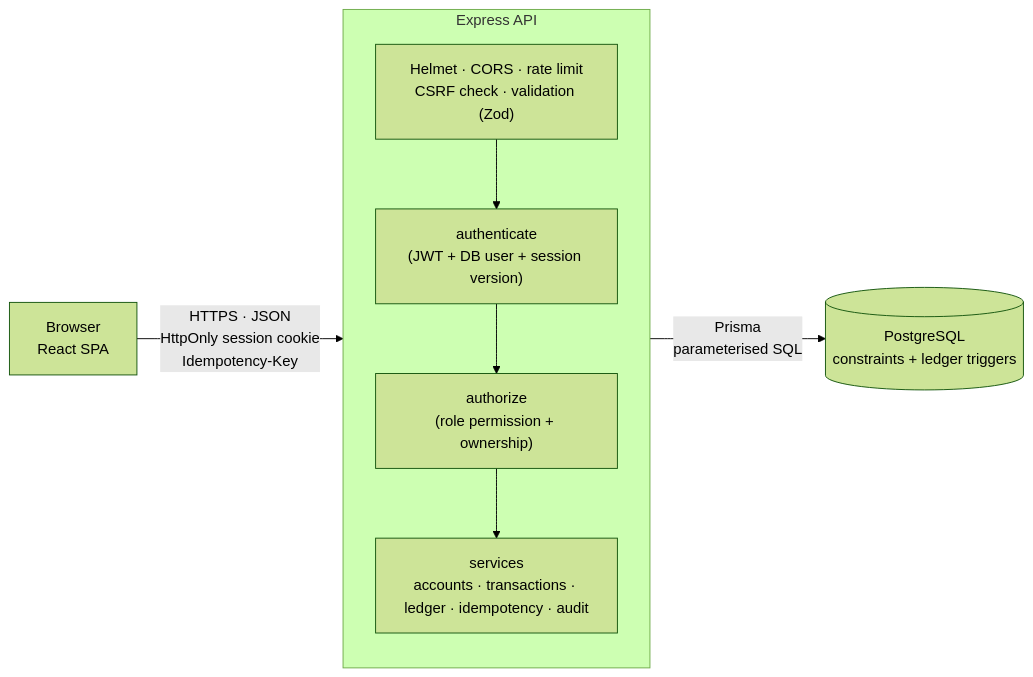
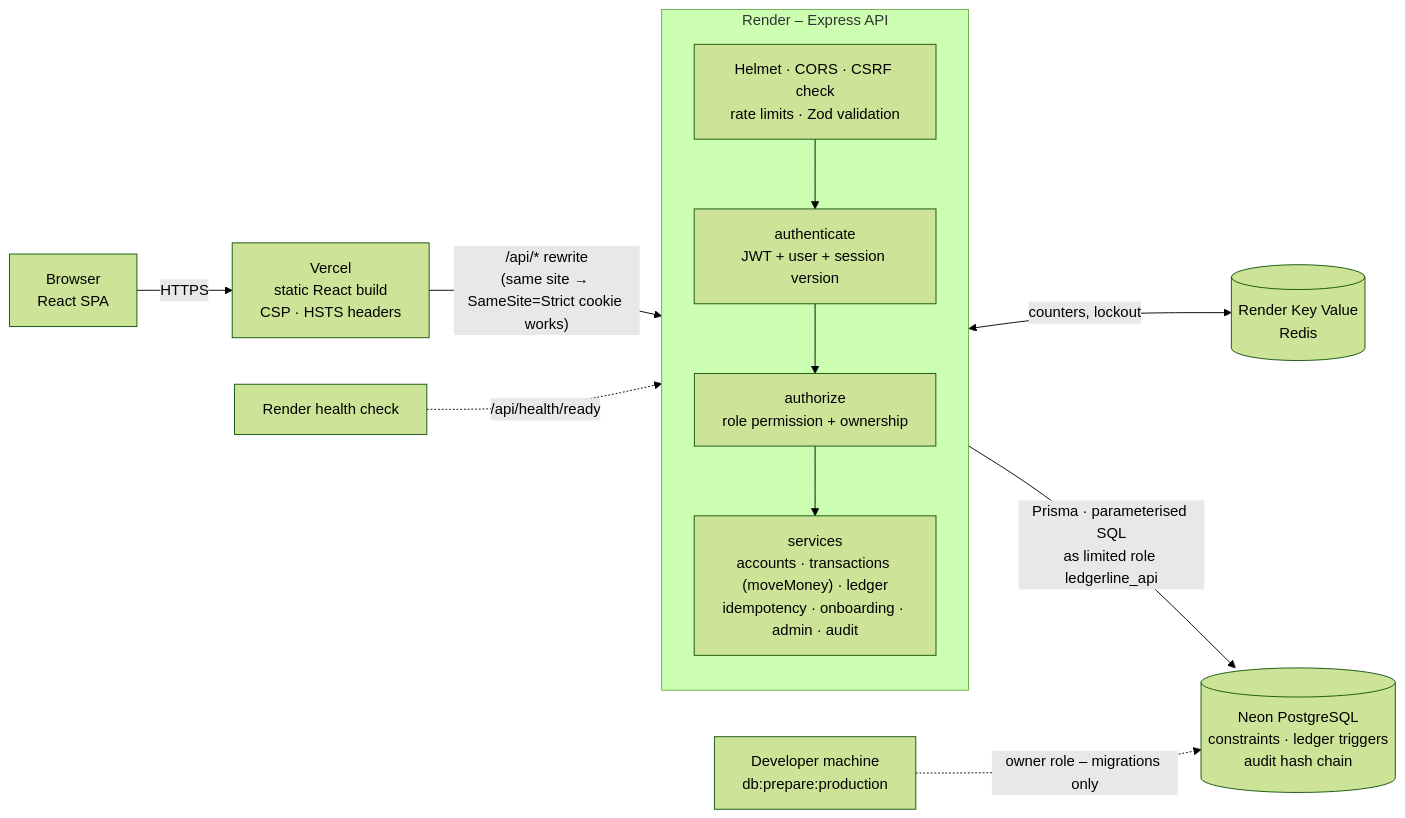
One commit to indira7-kosaraju/LedgerLine changed the first of 3 diagrams in README.md. Above: the diagram before and after it, drawn with Mermaid (forest theme). The commit also changed other lines of this file and 26 other files, not shown here.

````diff
--- a/README.md
+++ b/README.md
@@ -94,11 +131,15 @@
 ```mermaid
 flowchart LR
-  B["Browser<br/>React SPA"] -- "HTTPS · JSON<br/>HttpOnly session cookie<br/>Idempotency-Key" --> API
-  subgraph API["Express API"]
+  U["Browser<br/>React SPA"] -- HTTPS --> V["Vercel<br/>static React build<br/>CSP · HSTS headers"]
+  V -- "/api/* rewrite<br/>(same site → SameSite=Strict cookie works)" --> R
+  subgraph R["Render – Express API"]
     direction TB
-    M["Helmet · CORS · rate limit<br/>CSRF check · validation (Zod)"] --> A["authenticate<br/>(JWT + DB user + session version)"]
-    A --> R["authorize<br/>(role permission + ownership)"]
-    R --> S["services<br/>accounts · transactions · ledger · idempotency · audit"]
+    M["Helmet · CORS · CSRF check<br/>rate limits · Zod validation"] --> A["authenticate<br/>JWT + user + session version"]
+    A --> Z["authorize<br/>role permission + ownership"]
+    Z --> S["services<br/>accounts · transactions (moveMoney) · ledger<br/>idempotency · onboarding · admin · audit"]
   end
-  S -- "Prisma<br/>parameterised SQL" --> DB[("PostgreSQL<br/>constraints + ledger triggers")]
+  M <-- "counters, lockout" --> K[("Render Key Value<br/>Redis")]
+  S -- "Prisma · parameterised SQL<br/>as limited role ledgerline_api" --> N[("Neon PostgreSQL<br/>constraints · ledger triggers<br/>audit hash chain")]
+  D["Developer machine<br/>db:prepare:production"] -. "owner role – migrations only" .-> N
+  H["Render health check"] -. "/api/health/ready" .-> R
 ```
````
